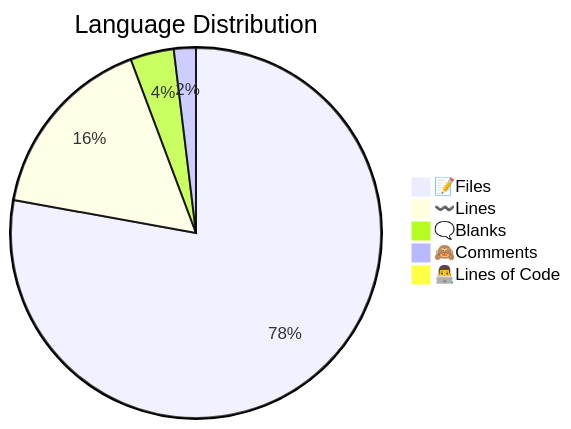
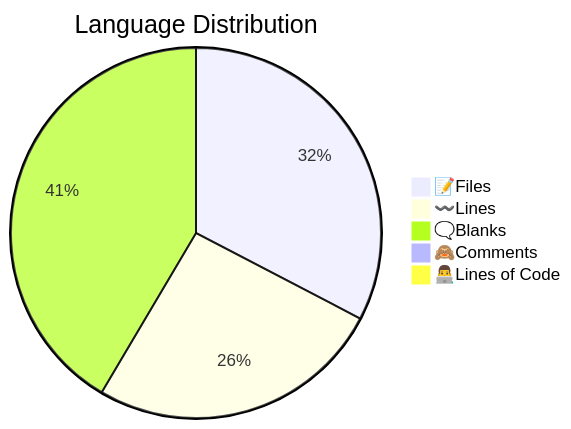
One commit to PyNetic/PyNetic changed the diagram in .github/stats/Code Statistics.md. Above: the diagram before and after it, drawn with Mermaid. The commit also changed other lines of this file, not shown here.

````diff
--- a/.github/stats/Code Statistics.md
+++ b/.github/stats/Code Statistics.md
@@ -7,8 +7,8 @@
 ```mermaid  
 pie title Language Distribution  
-    "📝Files" : 1539  
-    "〰️Lines" : 325  
-    "🗨️Blanks" : 75  
-    "🙈Comments" : 38  
-    "👨‍💻Lines of Code" : 8  
+    "📝Files" : 70095  
+    "〰️Lines" : 55511  
+    "🗨️Blanks" : 89078  
+    "🙈Comments" : 911  
+    "👨‍💻Lines of Code" : 651  
 ```  
````
